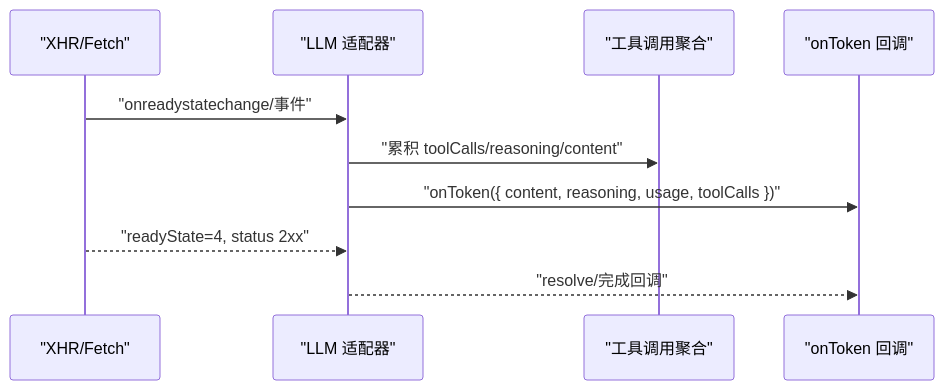
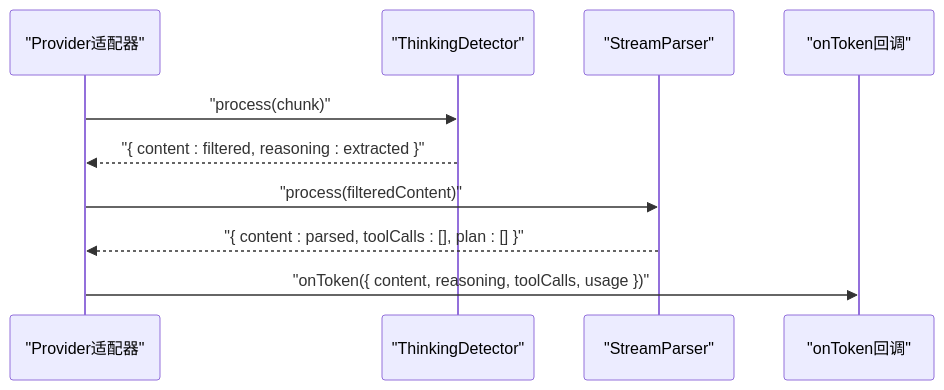
The fifth of 9 diagrams in .qoder/repowiki/zh/content/聊天系统详解/流式响应处理.md (NarcisWL/Nexara), drawn with Mermaid before and after one commit. The commit also changed other lines of this file and 4 other files, not shown here.

Commit message:
docs(wiki): update documentation for ThinkingDetector and chat refactoring

````diff
--- a/.qoder/repowiki/zh/content/聊天系统详解/流式响应处理.md
+++ b/.qoder/repowiki/zh/content/聊天系统详解/流式响应处理.md
@@ -211,12 +238,12 @@
 ```mermaid
 sequenceDiagram
-participant XHR as "XHR/Fetch"
-participant Prov as "LLM 适配器"
-participant Tool as "工具调用聚合"
-participant CB as "onToken 回调"
-XHR->>Prov : "onreadystatechange/事件"
-Prov->>Tool : "累积 toolCalls/reasoning/content"
-Prov->>CB : "onToken({ content, reasoning, usage, toolCalls })"
-XHR-->>Prov : "readyState=4, status 2xx"
-Prov-->>CB : "resolve/完成回调"
+participant Client as "Provider适配器"
+participant TD as "ThinkingDetector"
+participant SP as "StreamParser"
+participant Callback as "onToken回调"
+Client->>TD : "process(chunk)"
+TD-->>Client : "{ content : filtered, reasoning : extracted }"
+Client->>SP : "process(filteredContent)"
+SP-->>Client : "{ content : parsed, toolCalls : [], plan : [] }"
+Client->>Callback : "onToken({ content, reasoning, toolCalls, usage })"
 ```
````
